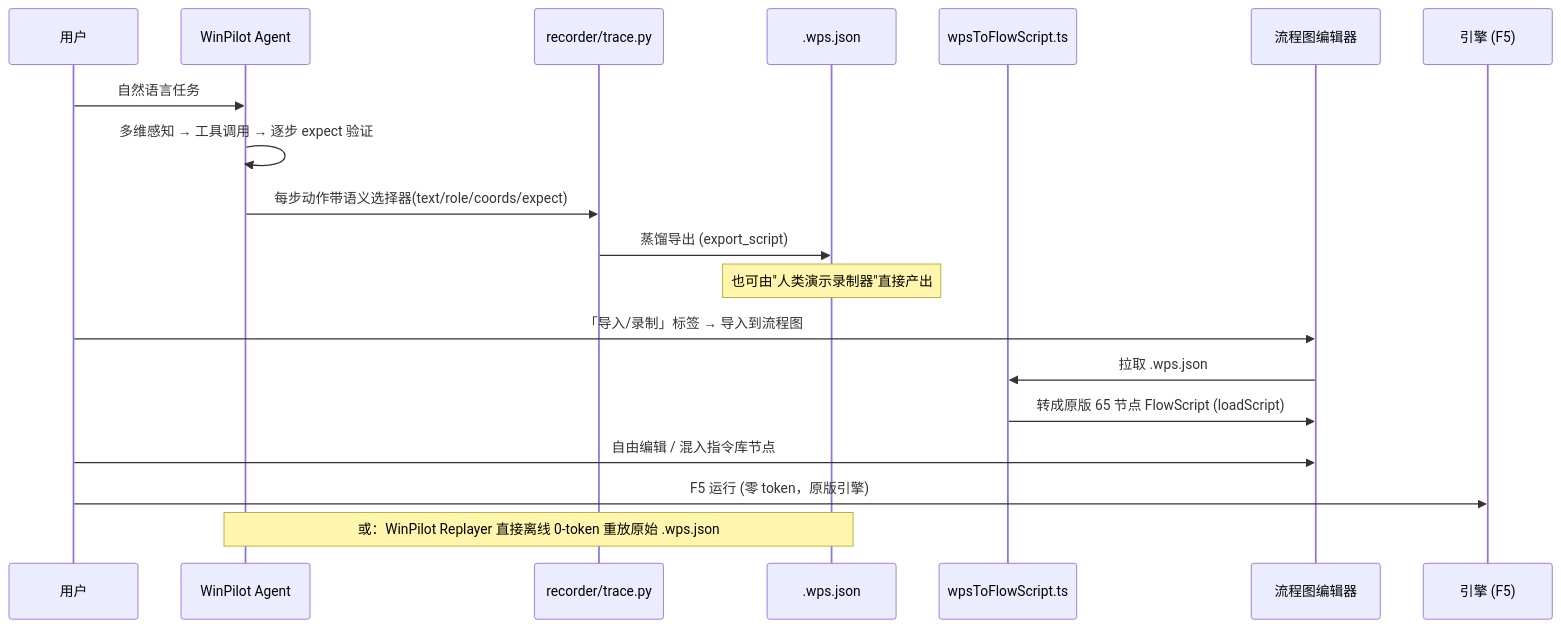
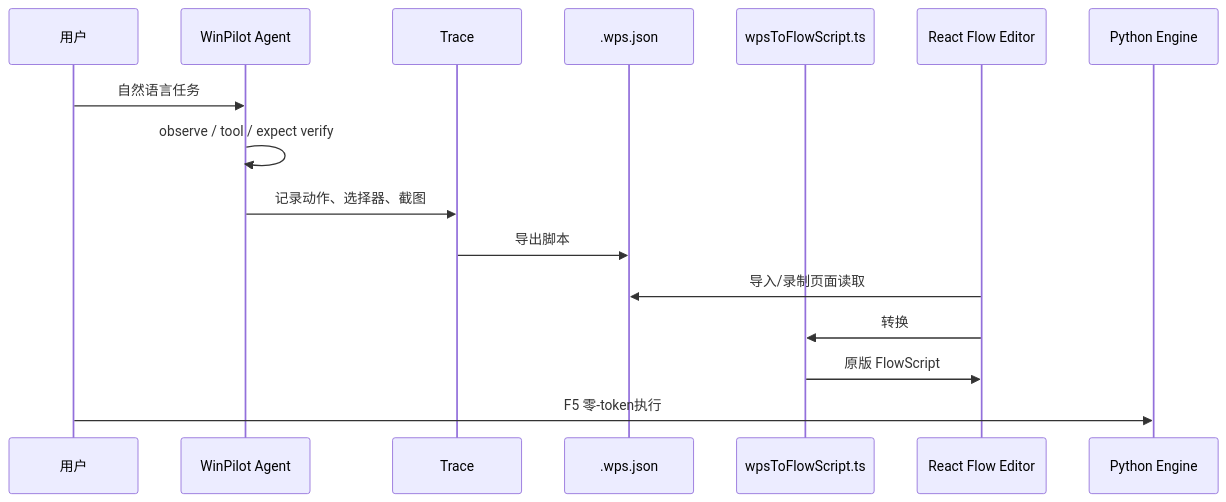
The third of 3 diagrams in docs/architecture.md (zoujiapeng/lingdong-script), drawn with Mermaid before and after one commit. The commit also changed other lines of this file and 17 other files, not shown here.

````diff
--- a/docs/architecture.md
+++ b/docs/architecture.md
@@ -80,22 +64,19 @@
 ```mermaid
 sequenceDiagram
     participant U as 用户
-    participant AG as WinPilot Agent
-    participant TR as recorder/trace.py
-    participant WPS as .wps.json
-    participant CV as wpsToFlowScript.ts
-    participant ED as 流程图编辑器
-    participant EN as 引擎 (F5)
+    participant A as WinPilot Agent
+    participant T as Trace
+    participant W as .wps.json
+    participant C as wpsToFlowScript.ts
+    participant R as React Flow Editor
+    participant E as Python Engine
 
-    U->>AG: 自然语言任务
-    AG->>AG: 多维感知 → 工具调用 → 逐步 expect 验证
-    AG->>TR: 每步动作带语义选择器(text/role/coords/expect)
-    TR->>WPS: 蒸馏导出 (export_script)
-    Note over WPS: 也可由"人类演示录制器"直接产出
-    U->>ED: 「导入/录制」标签 → 导入到流程图
-    ED->>CV: 拉取 .wps.json
-    CV->>ED: 转成原版 65 节点 FlowScript (loadScript)
-    U->>ED: 自由编辑 / 混入指令库节点
-    U->>EN: F5 运行 (零 token，原版引擎)
-    Note over AG,WPS: 或：WinPilot Replayer 直接离线 0-token 重放原始 .wps.json
+    U->>A: 自然语言任务
+    A->>A: observe / tool / expect verify
+    A->>T: 记录动作、选择器、截图
+    T->>W: 导出脚本
+    R->>W: 导入/录制页面读取
+    R->>C: 转换
+    C->>R: 原版 FlowScript
+    U->>E: F5 零-token执行
 ```
````
